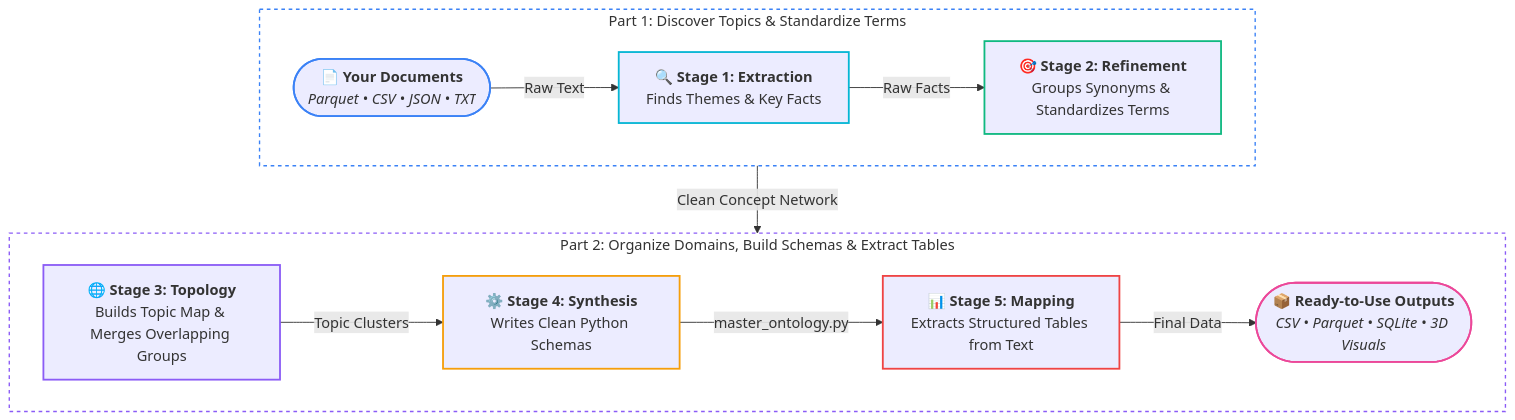
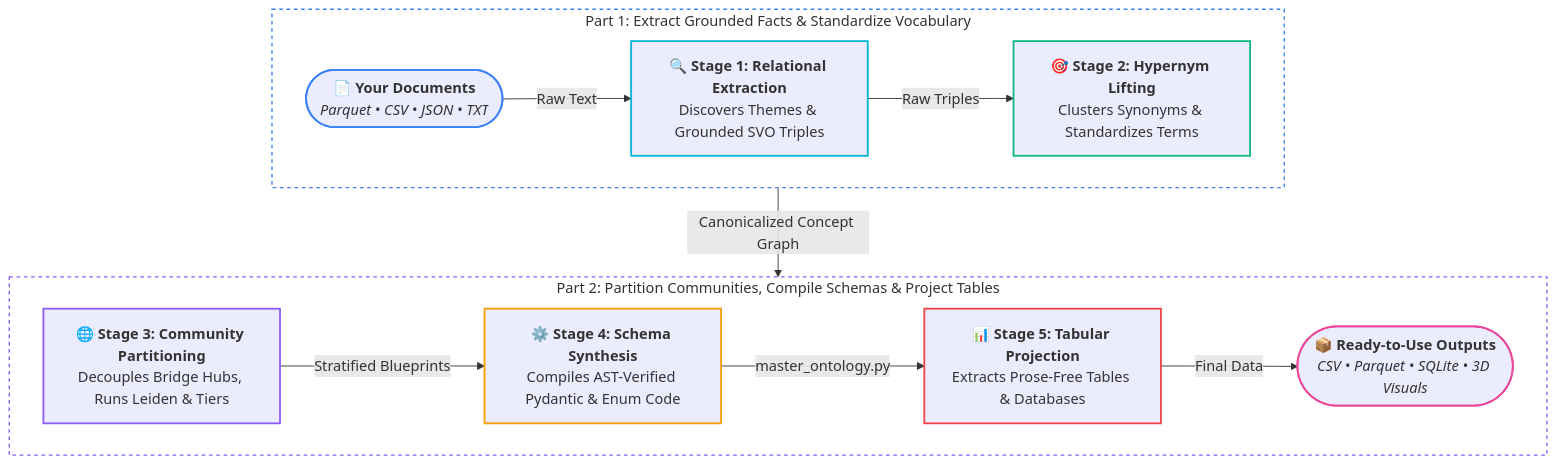
The diagram in README.md (childmindresearch/SemanticPrism), drawn with Mermaid before and after one commit. The commit also changed other lines of this file and 16 other files, not shown here.

Commit message:
Align stage names, enforce prose-free Stage 5 defaults, add docs, tests & CI

````diff
--- a/README.md
+++ b/README.md
@@ -11,29 +14,29 @@
 ```mermaid
 flowchart TD
-    subgraph Row1 ["Part 1: Discover Topics & Standardize Terms"]
+    subgraph Row1 ["Part 1: Extract Grounded Facts & Standardize Vocabulary"]
         direction LR
         In(["📄 <b>Your Documents</b><br/><i>Parquet • CSV • JSON • TXT</i>"])
-        --> |Raw Text| S1["🔍 <b>Stage 1: Extraction</b><br/>Finds Themes & Key Facts"]
-        --> |Raw Facts| S2["🎯 <b>Stage 2: Refinement</b><br/>Groups Synonyms & Standardizes Terms"]
+        --> |Raw Text| S1["🔍 <b>Stage 1: Relational Extraction</b><br/>Discovers Themes & Grounded SVO Triples"]
+        --> |Raw Triples| S2["🎯 <b>Stage 2: Hypernym Lifting</b><br/>Clusters Synonyms & Standardizes Terms"]
     end
 
-    subgraph Row2 ["Part 2: Organize Domains, Build Schemas & Extract Tables"]
+    subgraph Row2 ["Part 2: Partition Communities, Compile Schemas & Project Tables"]
         direction LR
-        S3["🌐 <b>Stage 3: Topology</b><br/>Builds Topic Map & Merges Overlapping Groups"]
-        --> |Topic Clusters| S4["⚙️ <b>Stage 4: Synthesis</b><br/>Writes Clean Python Schemas"]
-        --> |master_ontology.py| S5["📊 <b>Stage 5: Mapping</b><br/>Extracts Structured Tables from Text"]
+        S3["🌐 <b>Stage 3: Community Partitioning</b><br/>Decouples Bridge Hubs, Runs Leiden & Tiers"]
+        --> |Stratified Blueprints| S4["⚙️ <b>Stage 4: Schema Synthesis</b><br/>Compiles AST-Verified Pydantic & Enum Code"]
+        --> |master_ontology.py| S5["📊 <b>Stage 5: Tabular Projection</b><br/>Extracts Prose-Free Tables & Databases"]
         --> |Final Data| Out(["📦 <b>Ready-to-Use Outputs</b><br/><i>CSV • Parquet • SQLite • 3D Visuals</i>"])
     end
 
-    Row1 --> |Clean Concept Network| Row2
+    Row1 --> |Canonicalized Concept Graph| Row2
 
     style Row1 stroke:#3b82f6,stroke-width:1.5px,stroke-dasharray: 4 4,fill:none
     style Row2 stroke:#8b5cf6,stroke-width:1.5px,stroke-dasharray: 4 4,fill:none
     style In stroke:#3b82f6,stroke-width:2px
     style S1 stroke:#06b6d4,stroke-width:2px
     style S2 stroke:#10b981,stroke-width:2px
     style S3 stroke:#8b5cf6,stroke-width:2px
     style S4 stroke:#f59e0b,stroke-width:2px
     style S5 stroke:#ef4444,stroke-width:2px
     style Out stroke:#ec4899,stroke-width:2px
 ```
````
